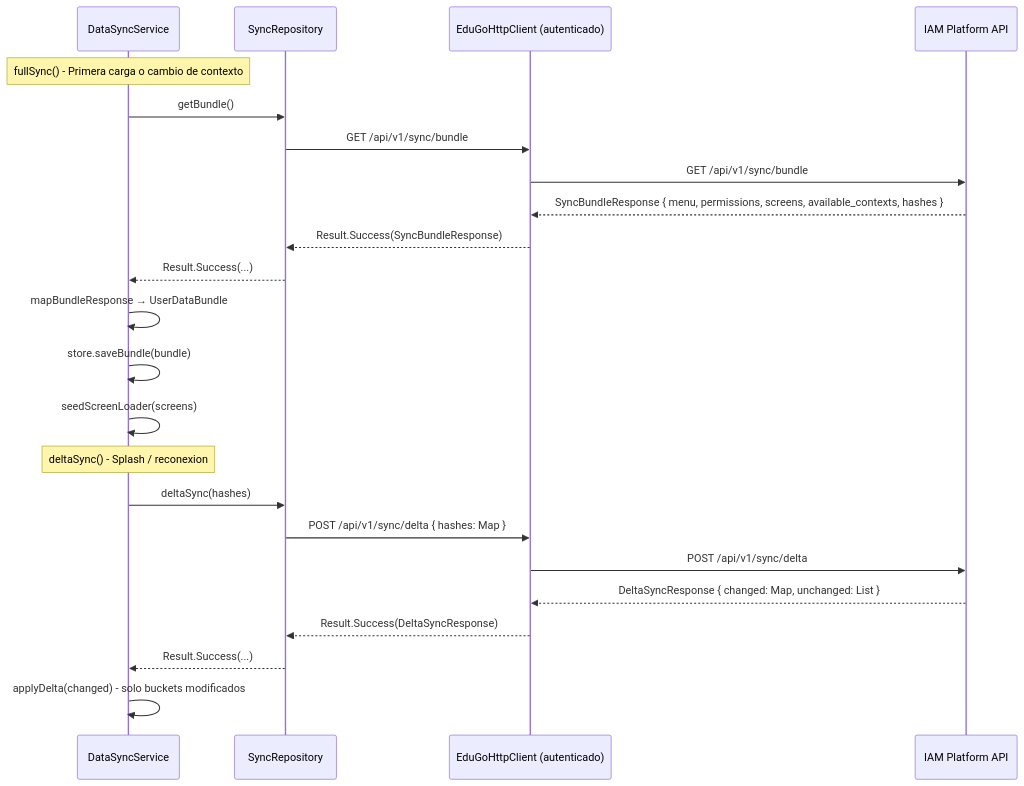
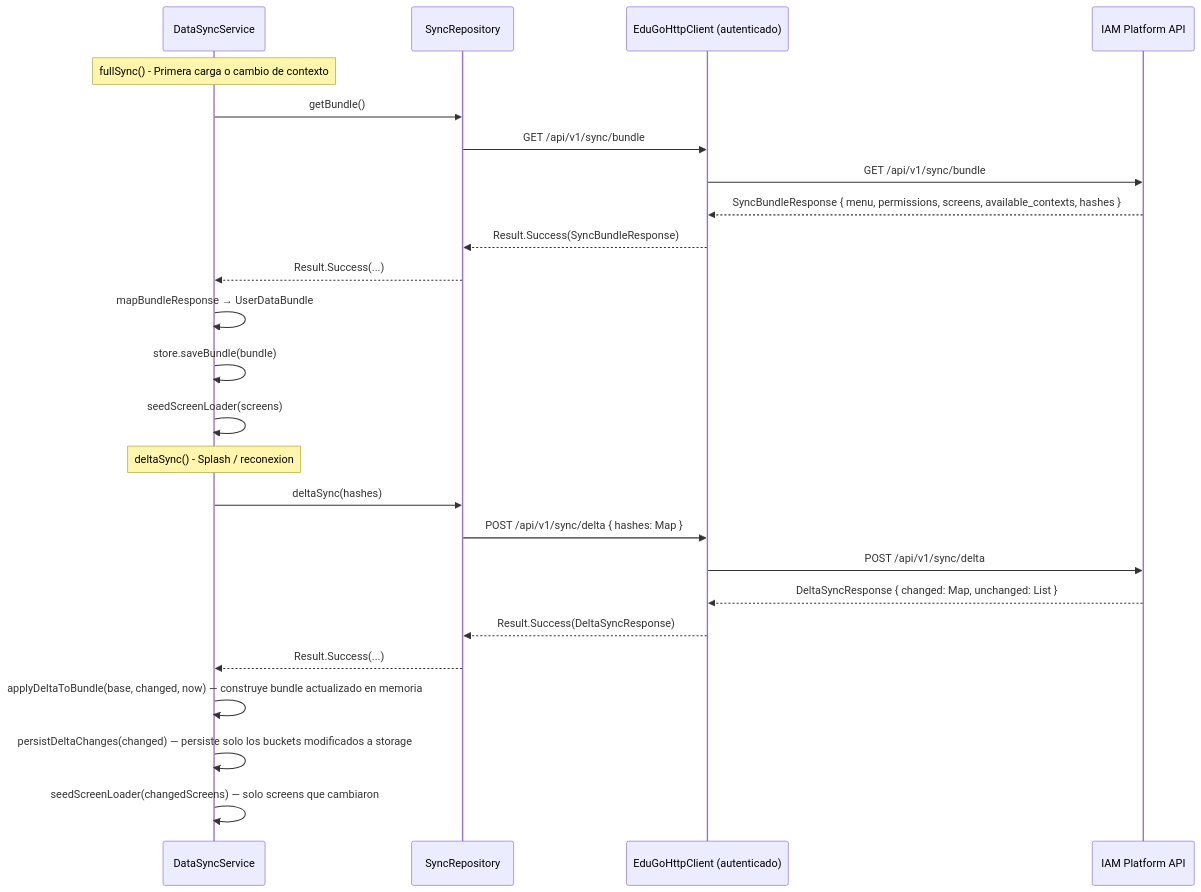
The third of 15 diagrams in docs/flujos-arquitectura/06-network-endpoints.md (EduGoGroup/EduUi-KMP), drawn with Mermaid before and after one commit. The commit also changed other lines of this file and 9 other files, not shown here.

First line of the commit message:
Optimize bundle load and save with parallel screen serialization

````diff
--- a/docs/flujos-arquitectura/06-network-endpoints.md
+++ b/docs/flujos-arquitectura/06-network-endpoints.md
@@ -155,27 +155,29 @@
 ```mermaid
 sequenceDiagram
     participant App as DataSyncService
     participant Repo as SyncRepository
     participant Http as EduGoHttpClient (autenticado)
     participant IAM as IAM Platform API
 
     Note over App: fullSync() - Primera carga o cambio de contexto
     App->>Repo: getBundle()
     Repo->>Http: GET /api/v1/sync/bundle
     Http->>IAM: GET /api/v1/sync/bundle
     IAM-->>Http: SyncBundleResponse { menu, permissions, screens, available_contexts, hashes }
     Http-->>Repo: Result.Success(SyncBundleResponse)
     Repo-->>App: Result.Success(...)
     App->>App: mapBundleResponse → UserDataBundle
     App->>App: store.saveBundle(bundle)
     App->>App: seedScreenLoader(screens)
 
     Note over App: deltaSync() - Splash / reconexion
     App->>Repo: deltaSync(hashes)
     Repo->>Http: POST /api/v1/sync/delta { hashes: Map }
     Http->>IAM: POST /api/v1/sync/delta
     IAM-->>Http: DeltaSyncResponse { changed: Map, unchanged: List }
     Http-->>Repo: Result.Success(DeltaSyncResponse)
     Repo-->>App: Result.Success(...)
-    App->>App: applyDelta(changed) - solo buckets modificados
+    App->>App: applyDeltaToBundle(base, changed, now) — construye bundle actualizado en memoria
+    App->>App: persistDeltaChanges(changed) — persiste solo los buckets modificados a storage
+    App->>App: seedScreenLoader(changedScreens) — solo screens que cambiaron
 ```
````
